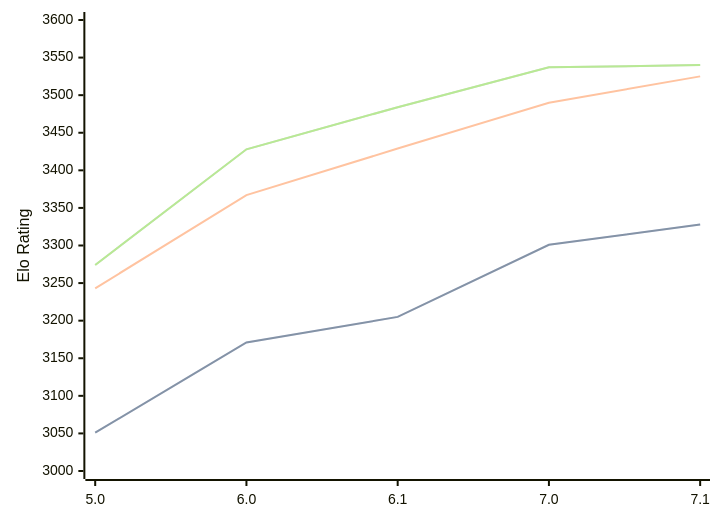
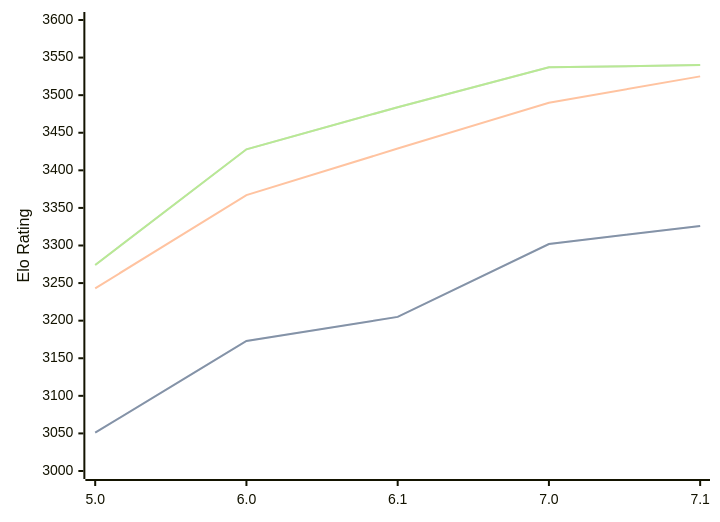
The diagram in engines/PZChessBot.md (computer-chess-index/cci), drawn with Mermaid before and after one commit. The commit also changed other lines of this file, not shown here.

````diff
--- a/engines/PZChessBot.md
+++ b/engines/PZChessBot.md
@@ -35,11 +35,11 @@
 ```mermaid
 %%{init: {"theme":"base","themeVariables":{"seriesColors:['#a3a3a3','#222221','#faa371']}}}%%
 xychart-beta
   x-axis ["5.0", "6.0", "6.1", "7.0", "7.1"]
   y-axis "Elo Rating" 3000 --> 3600
-  line "" [3051, 3171, 3205, 3301, 3328]
-  line "STC (8.0+0.08s)" [3051, 3171, 3205, 3301, 3328]
+  line "" [3051, 3173, 3205, 3302, 3326]
+  line "STC (8.0+0.08s)" [3051, 3173, 3205, 3302, 3326]
   line "LTC (60.0+0.60s)" [3243, 3367, 3429, 3490, 3525]
   line "" [3274, 3428, 3484, 3537, 3540]
   line "VLTC (2m24s+1.12s)" [3274, 3428, 3484, 3537, 3540]
 ```
````
